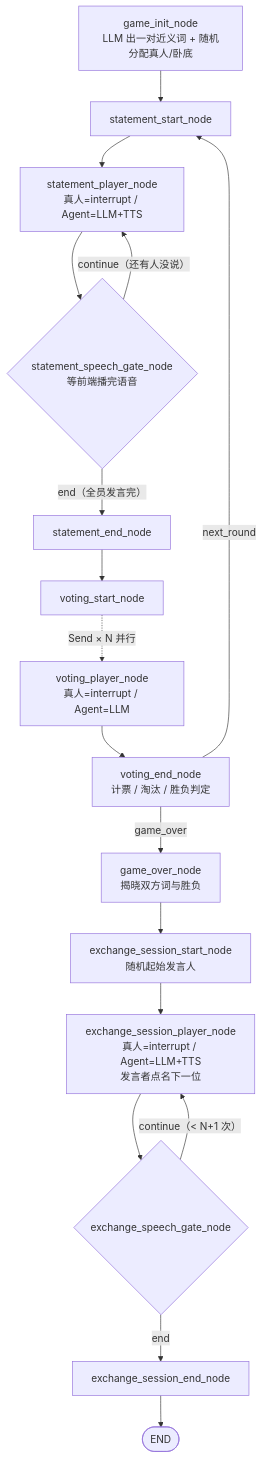
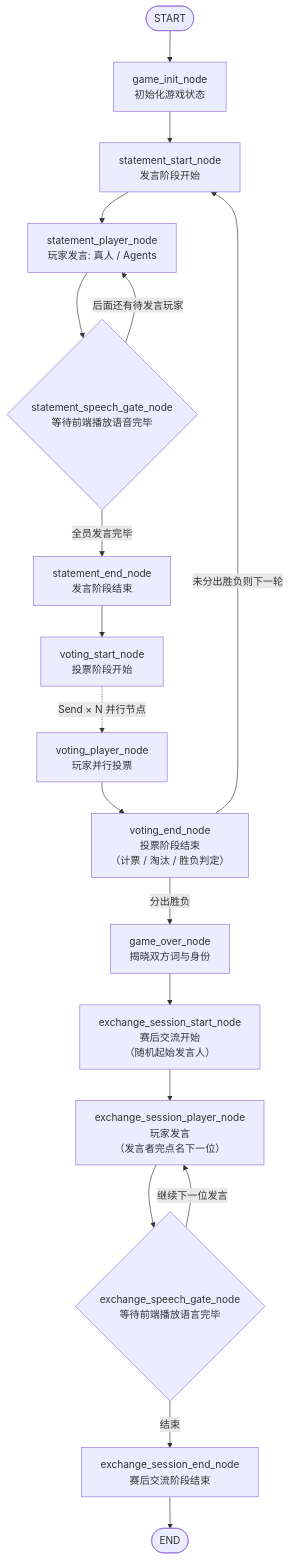
The second of 2 diagrams in backend/README.md (xvrzhao/who-is-spy), drawn with Mermaid before and after one commit. The commit also changed other lines of this file, not shown here.

````diff
--- a/backend/README.md
+++ b/backend/README.md
@@ -84,17 +72,18 @@
 ```mermaid
 flowchart TD
-    gi["game_init_node<br/>LLM 出一对近义词 + 随机分配真人/卧底"] --> ss["statement_start_node"]
-    ss --> sp["statement_player_node<br/>真人=interrupt / Agent=LLM+TTS"]
-    sp --> g1{"statement_speech_gate_node<br/>等前端播完语音"}
-    g1 -- "continue（还有人没说）" --> sp
-    g1 -- "end（全员发言完）" --> se["statement_end_node"] --> vs["voting_start_node"]
-    vs -. "Send × N 并行" .-> vp["voting_player_node<br/>真人=interrupt / Agent=LLM"]
-    vp --> ve["voting_end_node<br/>计票 / 淘汰 / 胜负判定"]
-    ve -- "next_round" --> ss
-    ve -- "game_over" --> go["game_over_node<br/>揭晓双方词与胜负"]
-    go --> es["exchange_session_start_node<br/>随机起始发言人"]
-    es --> ep["exchange_session_player_node<br/>真人=interrupt / Agent=LLM+TTS<br/>发言者点名下一位"]
-    ep --> g2{"exchange_speech_gate_node"}
-    g2 -- "continue（< N+1 次）" --> ep
-    g2 -- "end" --> ee["exchange_session_end_node"] --> END([END])
+    START([START]) --> gi
+    gi["game_init_node<br/>初始化游戏状态"] --> ss["statement_start_node<br/>发言阶段开始"]
+    ss --> sp["statement_player_node<br/>玩家发言: 真人 / Agents"]
+    sp --> g1{"statement_speech_gate_node<br/>等待前端播放语音完毕"}
+    g1 -- "后面还有待发言玩家" --> sp
+    g1 -- "全员发言完毕" --> se["statement_end_node<br/>发言阶段结束"] --> vs["voting_start_node<br/>投票阶段开始"]
+    vs -. "Send × N 并行节点" .-> vp["voting_player_node<br/>玩家并行投票"]
+    vp --> ve["voting_end_node<br/>投票阶段结束<br/>（计票 / 淘汰 / 胜负判定）"]
+    ve -- "未分出胜负则下一轮" --> ss
+    ve -- "分出胜负" --> go["game_over_node<br/>揭晓双方词与身份"]
+    go --> es["exchange_session_start_node<br/>赛后交流开始<br/>（随机起始发言人）"]
+    es --> ep["exchange_session_player_node<br/>玩家发言<br/>（发言者完点名下一位）"]
+    ep --> g2{"exchange_speech_gate_node<br/>等待前端播放语言完毕"}
+    g2 -- "继续下一位发言" --> ep
+    g2 -- "结束" --> ee["exchange_session_end_node<br/>赛后交流阶段结束"] --> END([END])
 ```
````
